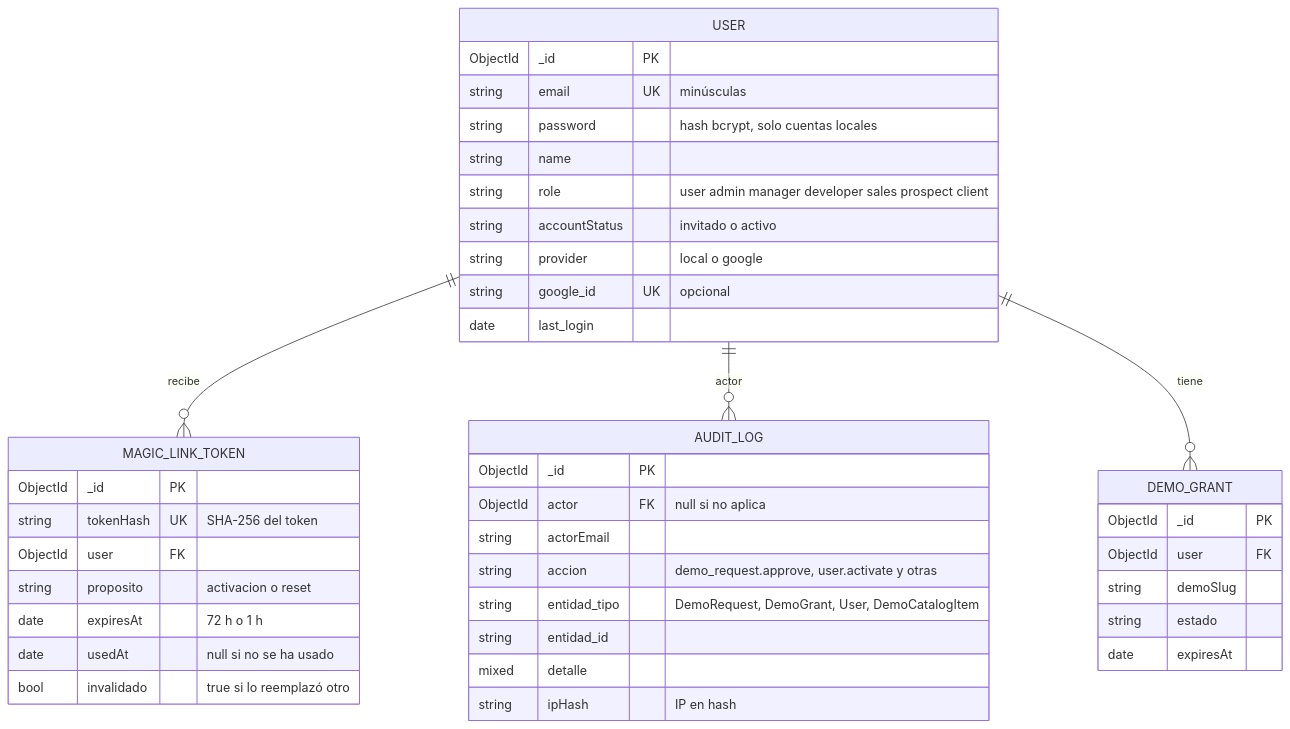
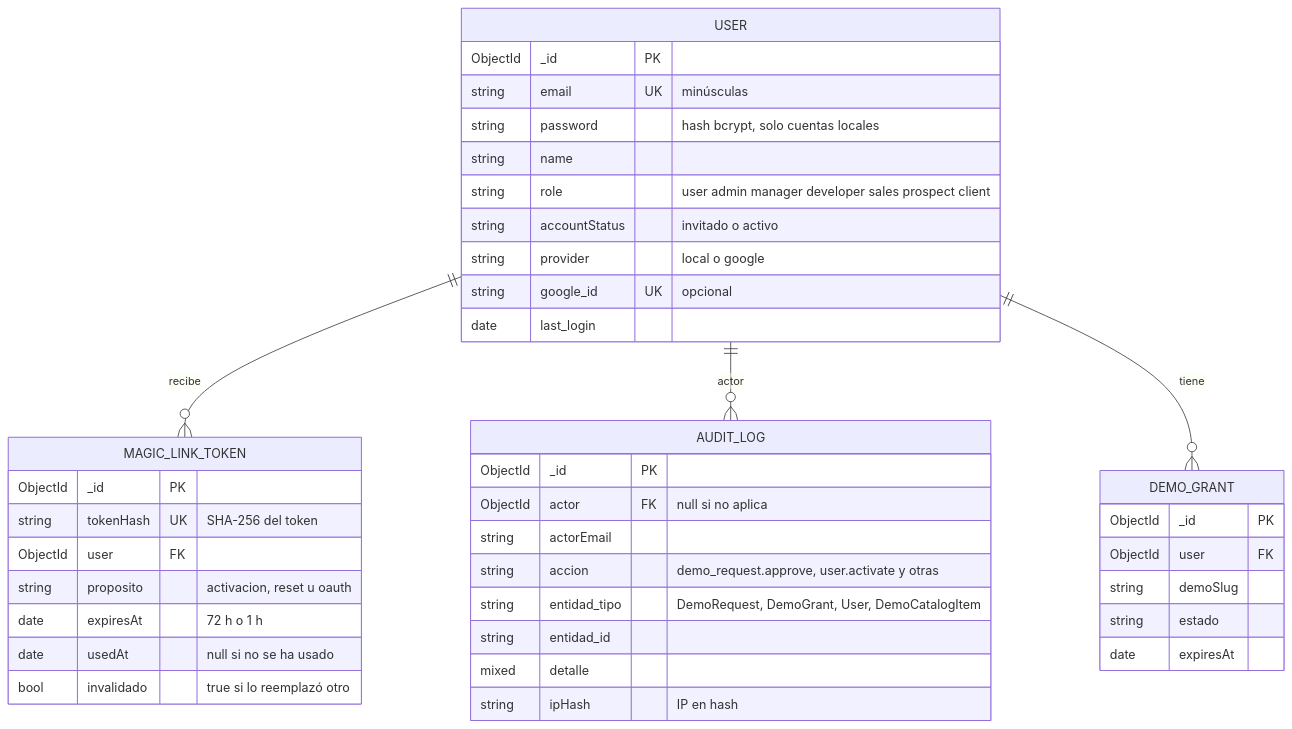
One commit to ronalc90/koptup changed the second of 13 diagrams in docs/wiki/Doc-09-Modelos-de-Datos.md. Above: the diagram before and after it, drawn with Mermaid. The commit also changed other lines of this file and 116 other files, not shown here.

````diff
--- a/docs/wiki/Doc-09-Modelos-de-Datos.md
+++ b/docs/wiki/Doc-09-Modelos-de-Datos.md
@@ -114,43 +114,43 @@
 ```mermaid
 erDiagram
     USER ||--o{ MAGIC_LINK_TOKEN : "recibe"
     USER ||--o{ AUDIT_LOG : "actor"
     USER ||--o{ DEMO_GRANT : "tiene"
     USER {
         ObjectId _id PK
         string email UK "minúsculas"
         string password "hash bcrypt, solo cuentas locales"
         string name
         string role "user admin manager developer sales prospect client"
         string accountStatus "invitado o activo"
         string provider "local o google"
         string google_id UK "opcional"
         date last_login
     }
     MAGIC_LINK_TOKEN {
         ObjectId _id PK
         string tokenHash UK "SHA-256 del token"
         ObjectId user FK
-        string proposito "activacion o reset"
+        string proposito "activacion, reset u oauth"
         date expiresAt "72 h o 1 h"
         date usedAt "null si no se ha usado"
         bool invalidado "true si lo reemplazó otro"
     }
     AUDIT_LOG {
         ObjectId _id PK
         ObjectId actor FK "null si no aplica"
         string actorEmail
         string accion "demo_request.approve, user.activate y otras"
         string entidad_tipo "DemoRequest, DemoGrant, User, DemoCatalogItem"
         string entidad_id
         mixed detalle
         string ipHash "IP en hash"
     }
     DEMO_GRANT {
         ObjectId _id PK
         ObjectId user FK
         string demoSlug
         string estado
         date expiresAt
     }
 ```
````
